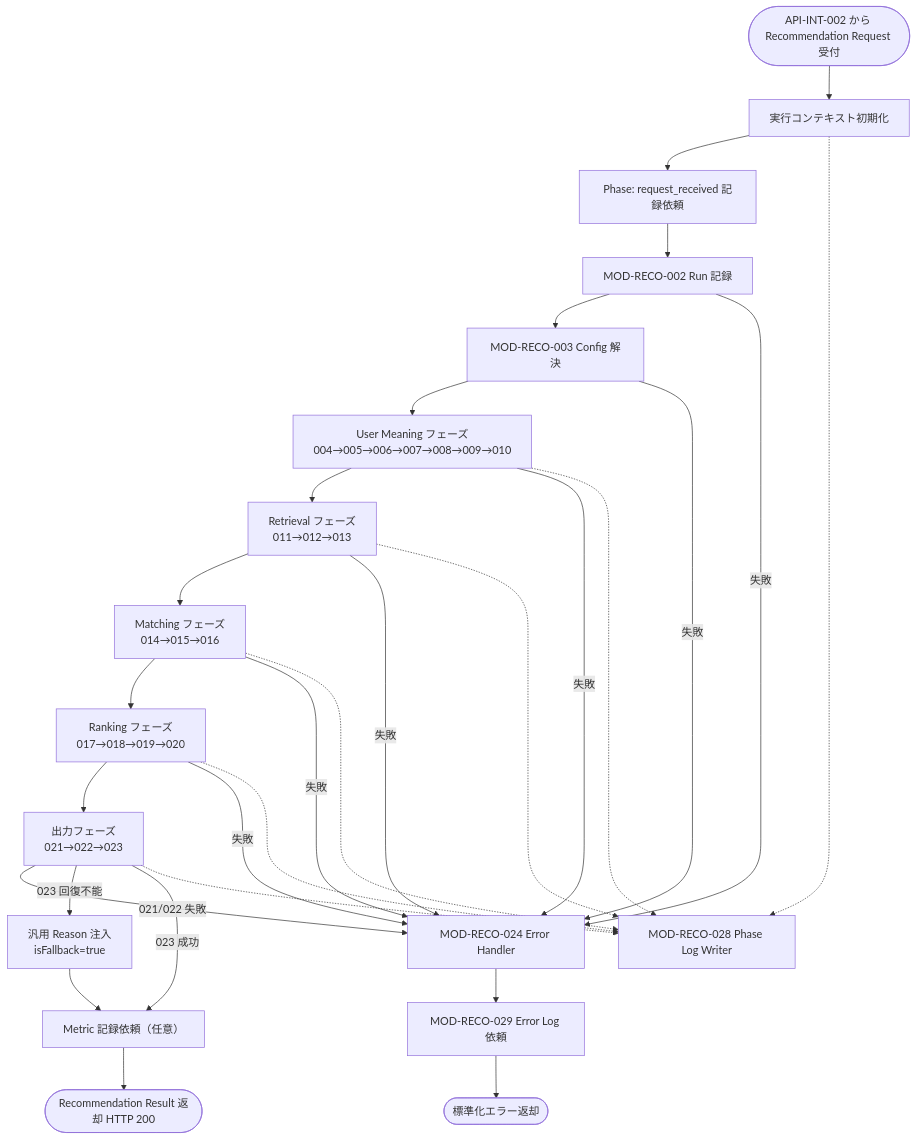
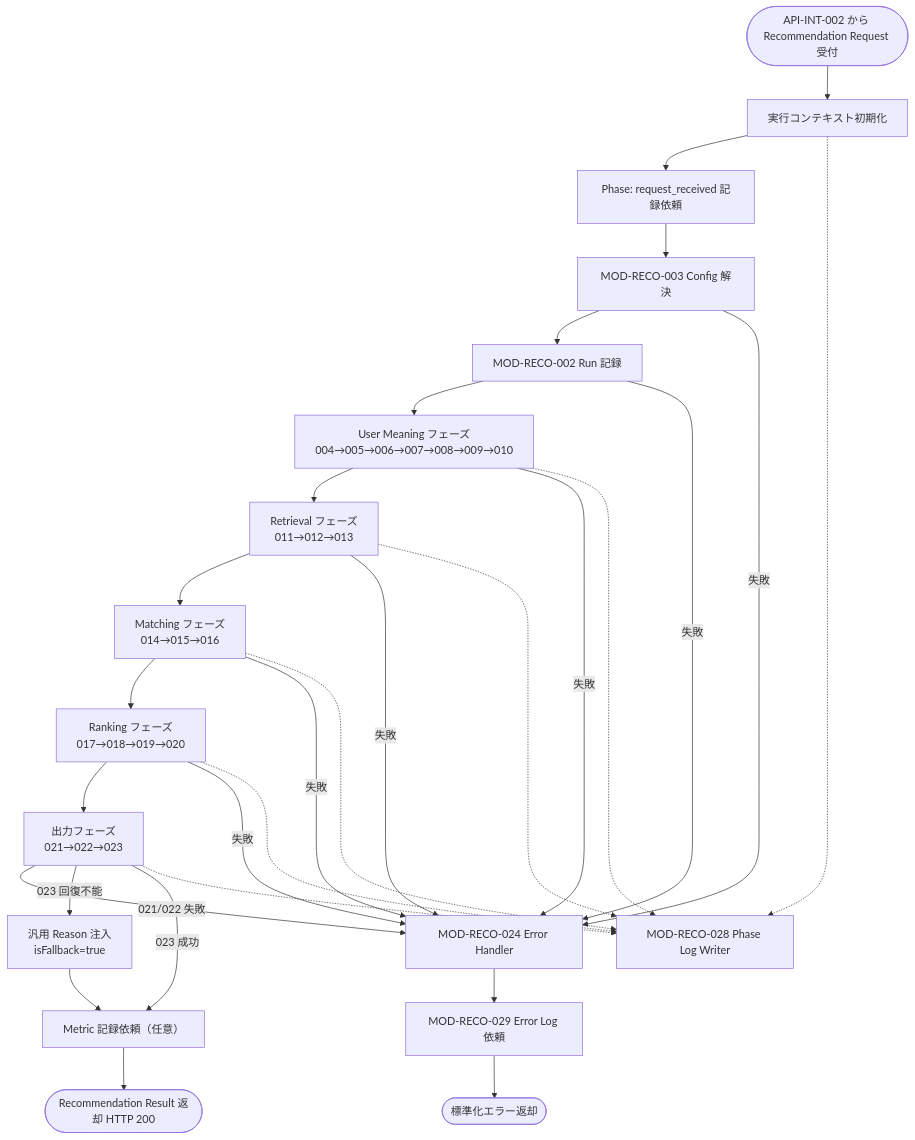
The diagram in docs/06_実装設計/reco/MOD-RECO-001_Recommendation Orchestratorモジュール仕様書.md (ryo-chan-k6/GiftRecommendAPP_MVP_CYCLE_3), drawn with Mermaid before and after one commit. The commit also changed other lines of this file and 5 other files, not shown here.

First line of the commit message:
docs(reco): MOD-RECO-003仕様書の決定事項と関連正本を横断更新

````diff
--- a/docs/06_実装設計/reco/MOD-RECO-001_Recommendation Orchestratorモジュール仕様書.md
+++ b/docs/06_実装設計/reco/MOD-RECO-001_Recommendation Orchestratorモジュール仕様書.md
@@ -153,33 +153,33 @@
 ```mermaid
 flowchart TD
     START([API-INT-002 から Recommendation Request 受付]) --> INIT[実行コンテキスト初期化]
     INIT --> P0[Phase: request_received 記録依頼]
-    P0 --> R002[MOD-RECO-002 Run 記録]
-    R002 --> R003[MOD-RECO-003 Config 解決]
-    R003 --> UM[User Meaning フェーズ<br/>004→005→006→007→008→009→010]
+    P0 --> R003[MOD-RECO-003 Config 解決]
+    R003 --> R002[MOD-RECO-002 Run 記録]
+    R002 --> UM[User Meaning フェーズ<br/>004→005→006→007→008→009→010]
     UM --> RT[Retrieval フェーズ<br/>011→012→013]
     RT --> MT[Matching フェーズ<br/>014→015→016]
     MT --> RK[Ranking フェーズ<br/>017→018→019→020]
     RK --> OUT[出力フェーズ<br/>021→022→023]
     OUT -->|021/022 失敗| ERR[MOD-RECO-024 Error Handler]
     OUT -->|023 回復不能| FB[汎用 Reason 注入<br/>isFallback=true]
     FB --> MET[Metric 記録依頼（任意）]
     OUT -->|023 成功| MET
     MET --> SUCCESS([Recommendation Result 返却 HTTP 200])
 
     R002 -->|失敗| ERR
     R003 -->|失敗| ERR
     UM -->|失敗| ERR
     RT -->|失敗| ERR
     MT -->|失敗| ERR
     RK -->|失敗| ERR
     ERR --> ELOG[MOD-RECO-029 Error Log 依頼]
     ELOG --> FAIL([標準化エラー返却])
 
     INIT -.-> PLW[MOD-RECO-028 Phase Log Writer]
     UM -.-> PLW
     RT -.-> PLW
     MT -.-> PLW
     RK -.-> PLW
     OUT -.-> PLW
 ```
````
